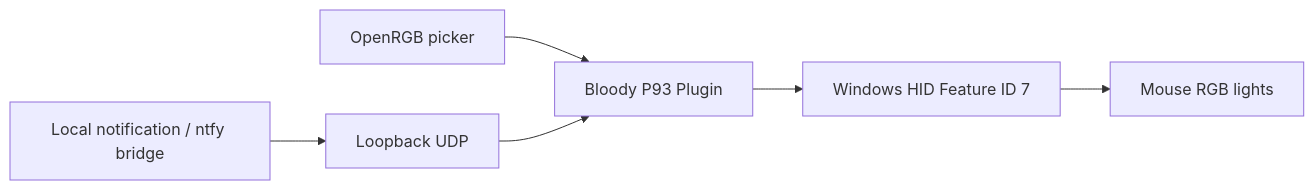
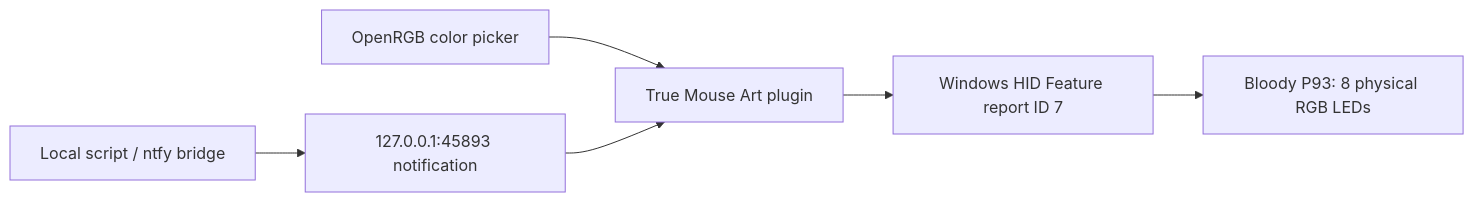
One commit to liikane/openrgb-bloody-p93 changed the diagram in docs/CASE_STUDY.md. Above: the diagram before and after it, drawn with Mermaid. The commit also changed other lines of this file and 12 other files, not shown here.

Commit message:
True Mouse Art: map eight P93 LEDs, center-perimeter beacon and vector manuals

````diff
--- a/docs/CASE_STUDY.md
+++ b/docs/CASE_STUDY.md
@@ -21,8 +33,8 @@
 ```mermaid
 flowchart LR
-  A["OpenRGB picker"] --> P["Bloody P93 Plugin"]
-  N["Local notification / ntfy bridge"] --> U["Loopback UDP"]
-  U --> P
-  P --> C["Windows HID Feature ID 7"]
-  C --> M["Mouse RGB lights"]
+  A["OpenRGB color picker"] --> P["True Mouse Art plugin"]
+  B["Local script / ntfy bridge"] --> C["127.0.0.1:45893 notification"]
+  C --> P
+  P --> H["Windows HID Feature report ID 7"]
+  H --> M["Bloody P93: 8 physical RGB LEDs"]
 ```
````
